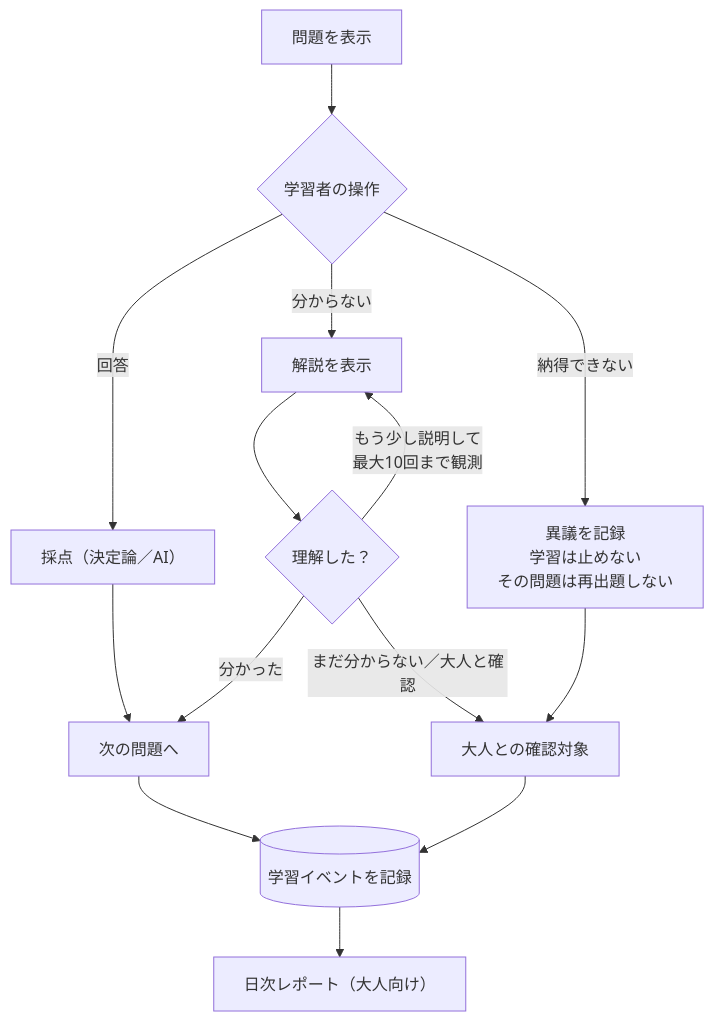
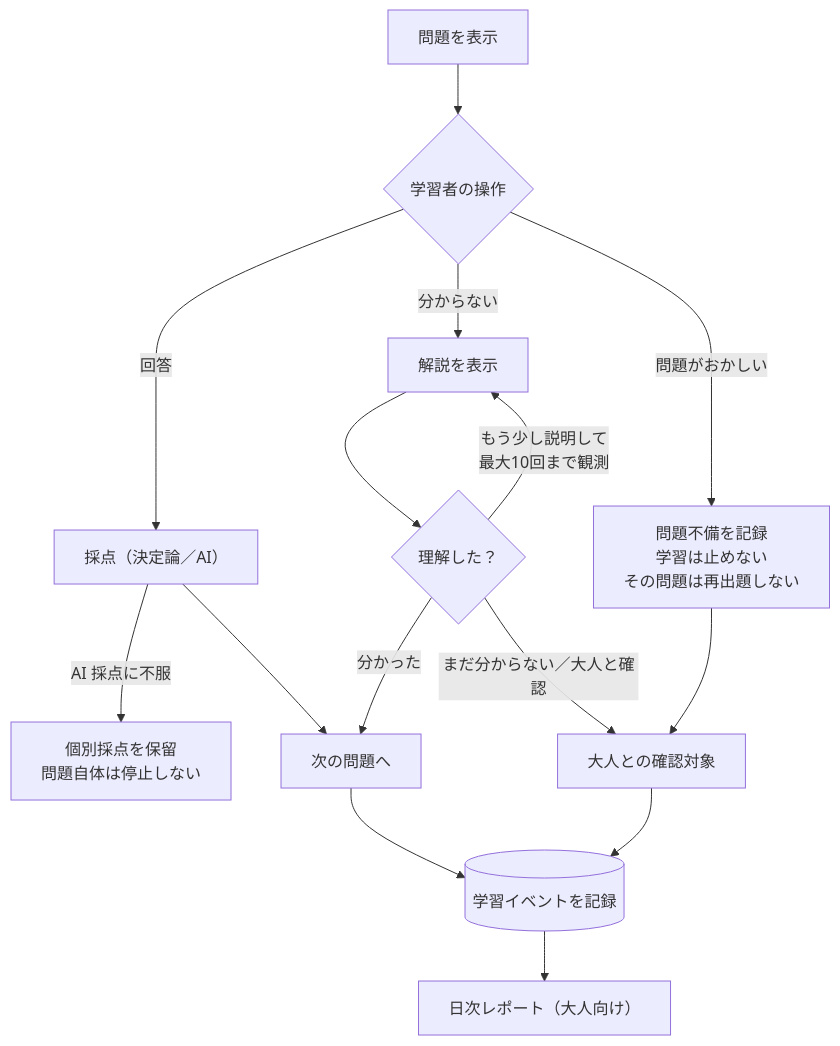
The fifth of 8 diagrams in docs/architecture.md (matsuura0001/MyManabi), drawn with Mermaid before and after one commit. The commit also changed 17 other files, not shown here.

Commit message:
Add initial learning flow and data handling docs

````diff
--- a/docs/architecture.md
+++ b/docs/architecture.md
@@ -141,16 +141,17 @@
 ```mermaid
 flowchart TB
     Q["問題を表示"] --> C{"学習者の操作"}
     C -->|"回答"| Grade["採点（決定論／AI）"]
     C -->|"分からない"| Explain["解説を表示"]
-    C -->|"納得できない"| Dispute["異議を記録<br/>学習は止めない<br/>その問題は再出題しない"]
+    C -->|"問題がおかしい"| Dispute["問題不備を記録<br/>学習は止めない<br/>その問題は再出題しない"]
+    Grade -->|"AI 採点に不服"| GradeDispute["個別採点を保留<br/>問題自体は停止しない"]
     Grade --> Next["次の問題へ"]
     Explain --> E{"理解した？"}
     E -->|"分かった"| Next
     E -->|"もう少し説明して<br/>最大10回まで観測"| Explain
     E -->|"まだ分からない／大人と確認"| Adult["大人との確認対象"]
     Dispute --> Adult
     Next --> Rec[("学習イベントを記録")]
     Adult --> Rec
     Rec --> Report["日次レポート（大人向け）"]
 ```
````
